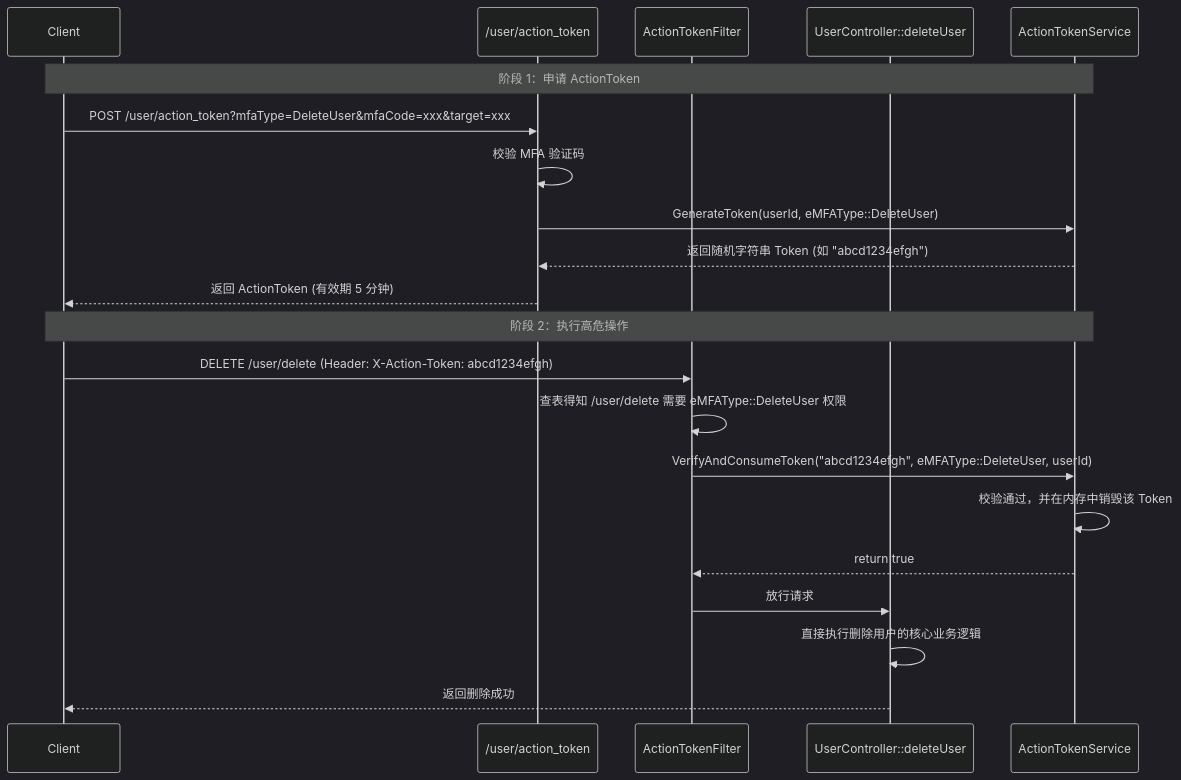
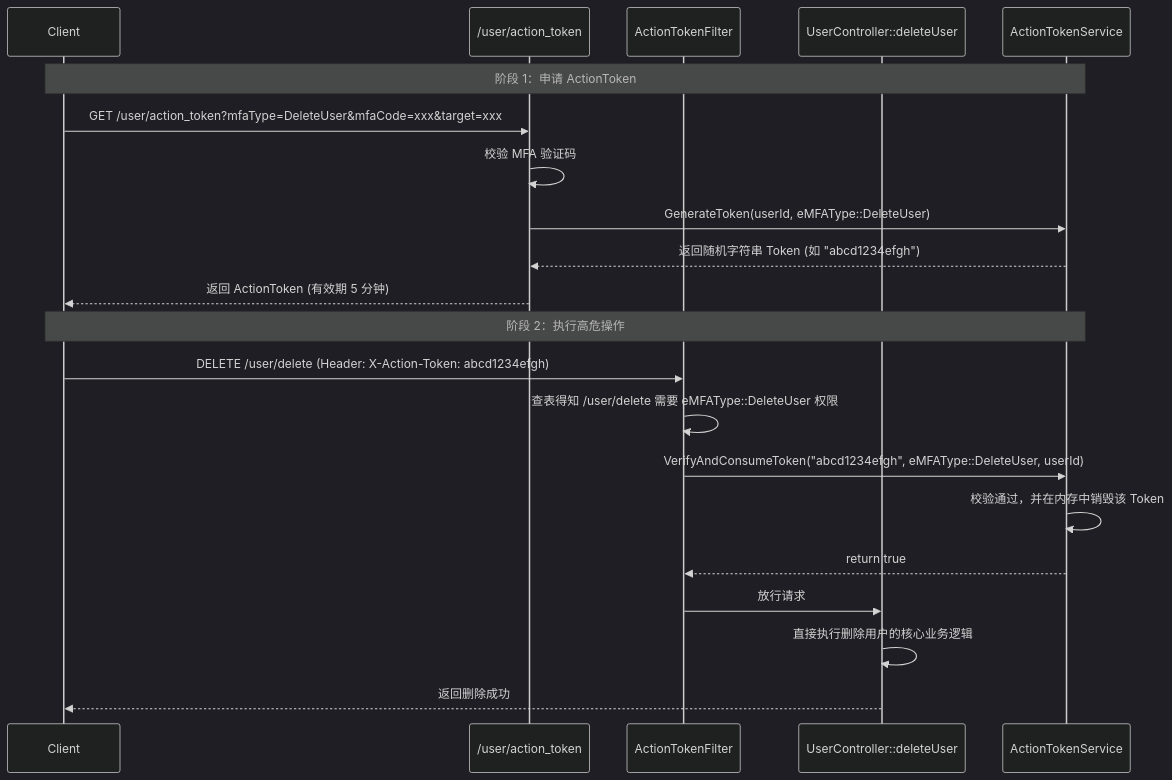
The diagram in docs/ActionToken_Architecture.md (Lzhjk1/UEAdminAPI-Drogon), drawn with Mermaid (dark theme) before and after one commit. The commit also changed other lines of this file and 15 other files, not shown here.

````diff
--- a/docs/ActionToken_Architecture.md
+++ b/docs/ActionToken_Architecture.md
@@ -47,25 +51,25 @@
 ```mermaid
 sequenceDiagram
     participant Client
     participant API as /user/action_token
     participant Filter as ActionTokenFilter
     participant Controller as UserController::deleteUser
     participant Service as ActionTokenService
 
     Note over Client,Service: 阶段 1：申请 ActionToken
-    Client->>API: POST /user/action_token?mfaType=DeleteUser&mfaCode=xxx&target=xxx
+    Client->>API: GET /user/action_token?mfaType=DeleteUser&mfaCode=xxx&target=xxx
     API->>API: 校验 MFA 验证码
     API->>Service: GenerateToken(userId, eMFAType::DeleteUser)
     Service-->>API: 返回随机字符串 Token (如 "abcd1234efgh")
     API-->>Client: 返回 ActionToken (有效期 5 分钟)
 
     Note over Client,Service: 阶段 2：执行高危操作
     Client->>Filter: DELETE /user/delete (Header: X-Action-Token: abcd1234efgh)
     Filter->>Filter: 查表得知 /user/delete 需要 eMFAType::DeleteUser 权限
     Filter->>Service: VerifyAndConsumeToken("abcd1234efgh", eMFAType::DeleteUser, userId)
     Service->>Service: 校验通过，并在内存中销毁该 Token
     Service-->>Filter: return true
     Filter->>Controller: 放行请求
     Controller->>Controller: 直接执行删除用户的核心业务逻辑
     Controller-->>Client: 返回删除成功
 ```
````
